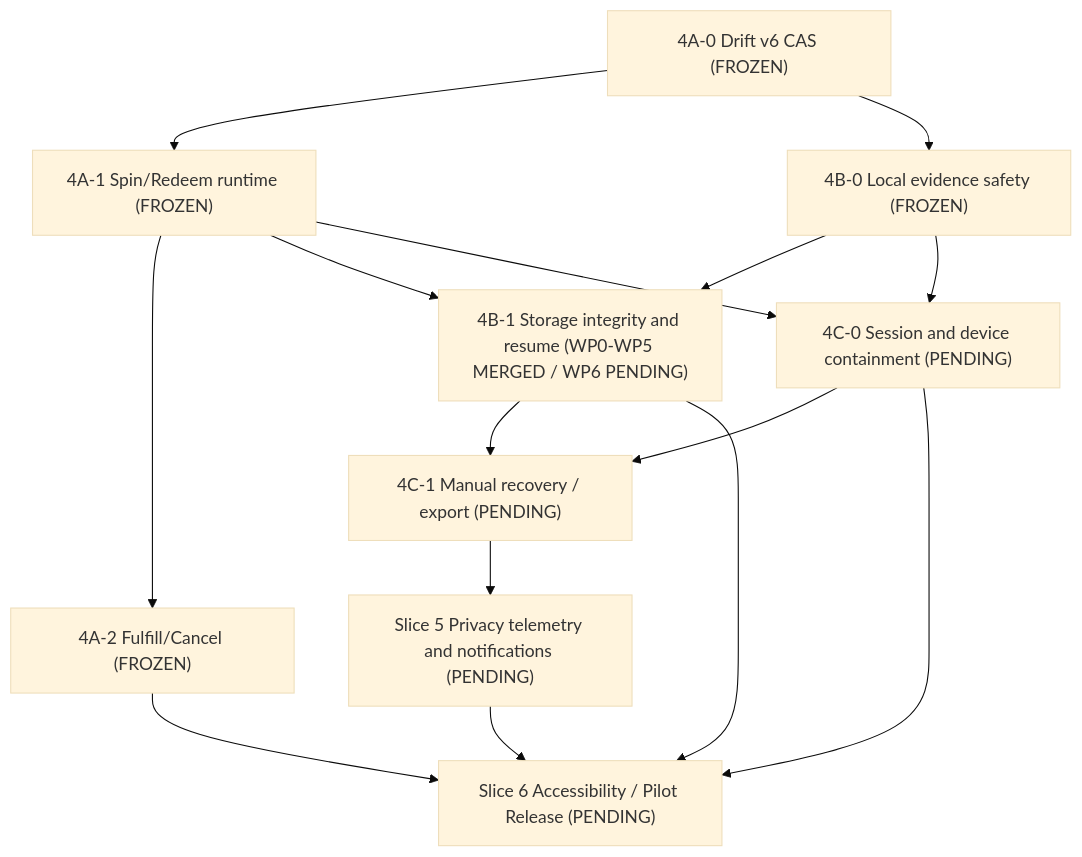
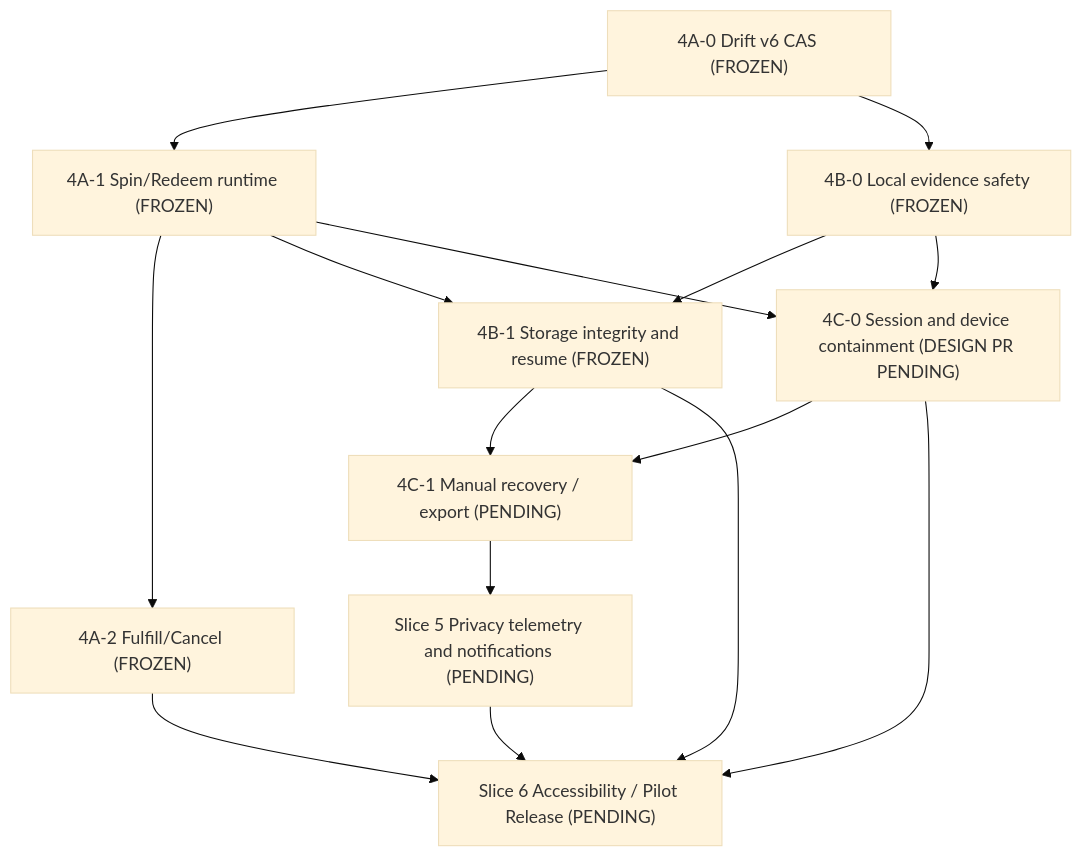
Before and after one commit to thedusk4203/LearnWard: the diagram in docs/21-phase-6-master-delivery-and-pilot-gates.md, drawn with Mermaid (base theme). The commit also changed other lines of this file and 1 other file, not shown here.

First line of the commit message:
docs(phase-6): Slice 4C-0 Auth, Child Mode & Device Containment design contract (WP0) (#38)

````diff
--- a/docs/21-phase-6-master-delivery-and-pilot-gates.md
+++ b/docs/21-phase-6-master-delivery-and-pilot-gates.md
@@ -97,17 +102,17 @@
 ```mermaid
 flowchart TD
  A["4A-0 Drift v6 CAS (FROZEN)"] --> B["4A-1 Spin/Redeem runtime (FROZEN)"]
  B --> C["4A-2 Fulfill/Cancel (FROZEN)"]
  A --> D["4B-0 Local evidence safety (FROZEN)"]
- D --> E["4B-1 Storage integrity and resume (WP0-WP5 MERGED / WP6 PENDING)"]
+ D --> E["4B-1 Storage integrity and resume (FROZEN)"]
  B --> E
- B --> F["4C-0 Session and device containment (PENDING)"]
+ B --> F["4C-0 Session and device containment (DESIGN PR PENDING)"]
  D --> F
  E --> G["4C-1 Manual recovery / export (PENDING)"]
  F --> G
  G --> H["Slice 5 Privacy telemetry and notifications (PENDING)"]
  H --> I["Slice 6 Accessibility / Pilot Release (PENDING)"]
  C --> I
  E --> I
  F --> I
 ```
````
